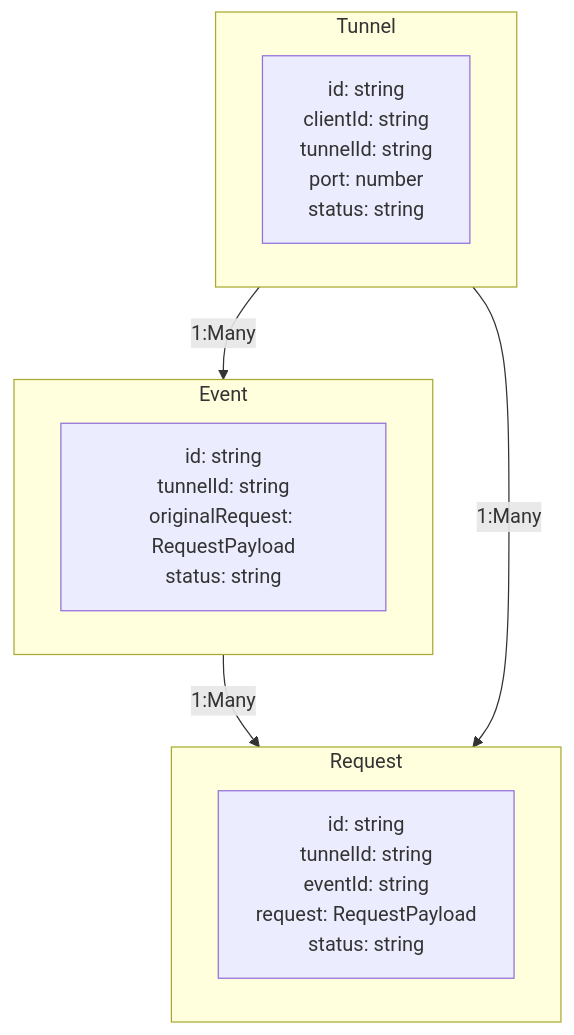
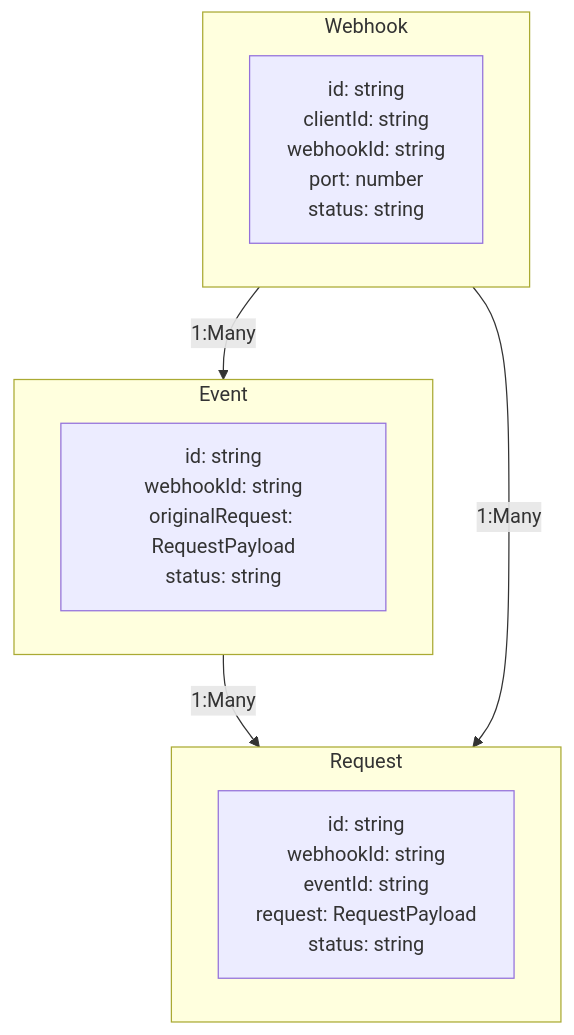
The diagram in docs/essentials/data-model.mdx (unhook-sh/unhook), drawn with Mermaid before and after one commit. The commit also changed other lines of this file and 219 other files, not shown here.

````diff
--- a/docs/essentials/data-model.mdx
+++ b/docs/essentials/data-model.mdx
@@ -12,18 +12,18 @@
 ```mermaid
 flowchart TD
-    subgraph Tunnel[Tunnel]
-        T[id: string<br/>clientId: string<br/>tunnelId: string<br/>port: number<br/>status: string]
+    subgraph Webhook[Webhook]
+        T[id: string<br/>clientId: string<br/>webhookId: string<br/>port: number<br/>status: string]
     end
 
     subgraph Event[Event]
-        E[id: string<br/>tunnelId: string<br/>originalRequest: RequestPayload<br/>status: string]
+        E[id: string<br/>webhookId: string<br/>originalRequest: RequestPayload<br/>status: string]
     end
 
     subgraph Request[Request]
-        R[id: string<br/>tunnelId: string<br/>eventId: string<br/>request: RequestPayload<br/>status: string]
+        R[id: string<br/>webhookId: string<br/>eventId: string<br/>request: RequestPayload<br/>status: string]
     end
 
-    Tunnel -->|1:Many| Event
+    Webhook -->|1:Many| Event
     Event -->|1:Many| Request
-    Tunnel -->|1:Many| Request
+    Webhook -->|1:Many| Request
 ```
````
